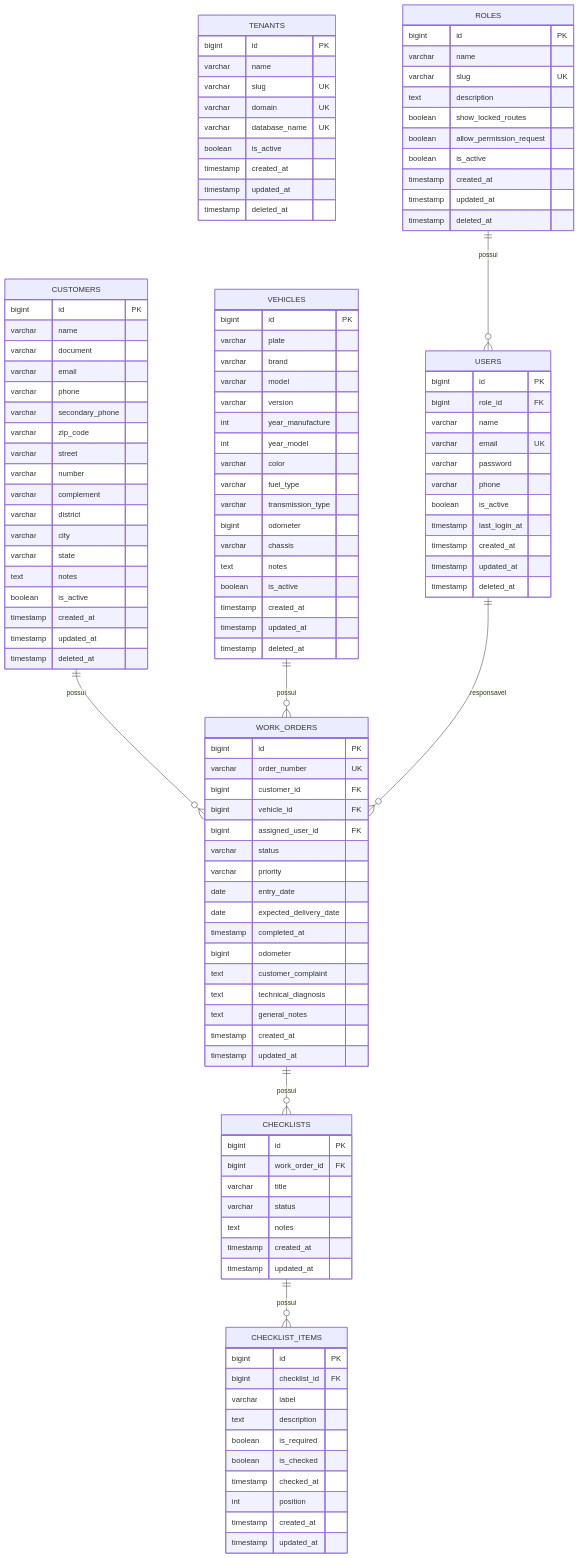
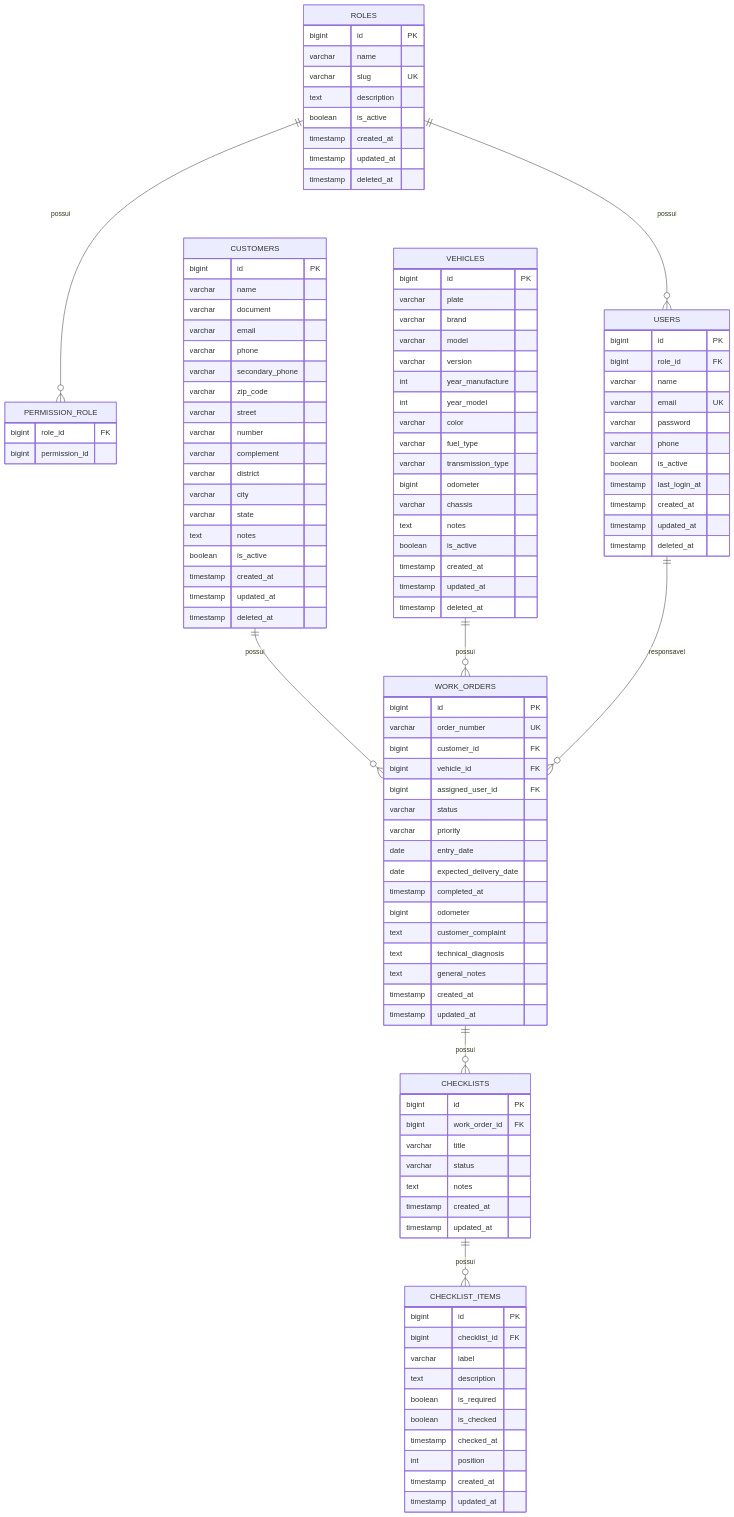
One commit to henryvitoreti/mini-saas changed the second of 2 diagrams in docs/database-erd.md. Above: the diagram before and after it, drawn with Mermaid. The commit also changed other lines of this file and 39 other files, not shown here.

````diff
--- a/docs/database-erd.md
+++ b/docs/database-erd.md
@@ -3,28 +47,19 @@
 ```mermaid
 erDiagram
-    TENANTS {
+    ROLES {
         bigint id PK
         varchar name
         varchar slug UK
-        varchar domain UK
-        varchar database_name UK
+        text description
         boolean is_active
         timestamp created_at
         timestamp updated_at
         timestamp deleted_at
     }
 
-    ROLES {
-        bigint id PK
-        varchar name
-        varchar slug UK
-        text description
-        boolean show_locked_routes
-        boolean allow_permission_request
-        boolean is_active
-        timestamp created_at
-        timestamp updated_at
-        timestamp deleted_at
+    PERMISSION_ROLE {
+        bigint role_id FK
+        bigint permission_id
     }
 
     USERS {
@@ -125,6 +160,7 @@
     }
 
     ROLES ||--o{ USERS : "possui"
+    ROLES ||--o{ PERMISSION_ROLE : "possui"
     CUSTOMERS ||--o{ WORK_ORDERS : "possui"
     VEHICLES ||--o{ WORK_ORDERS : "possui"
     USERS ||--o{ WORK_ORDERS : "responsavel"
````
